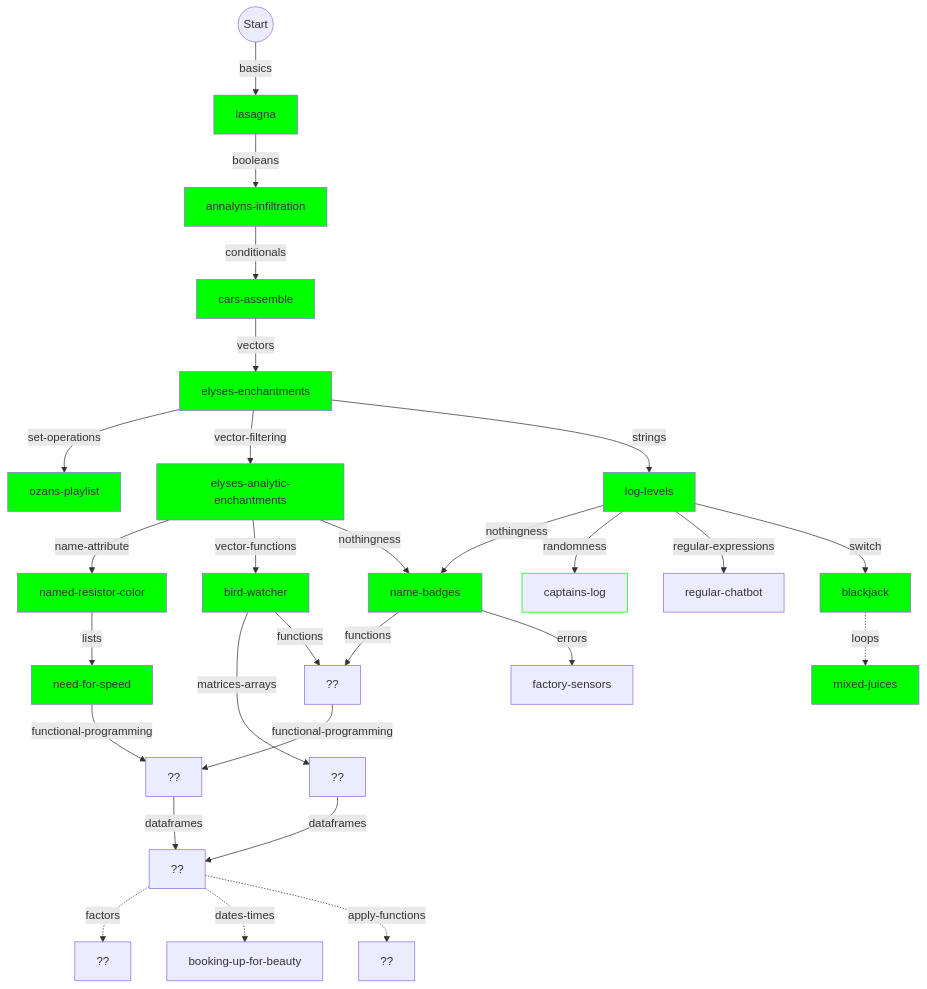
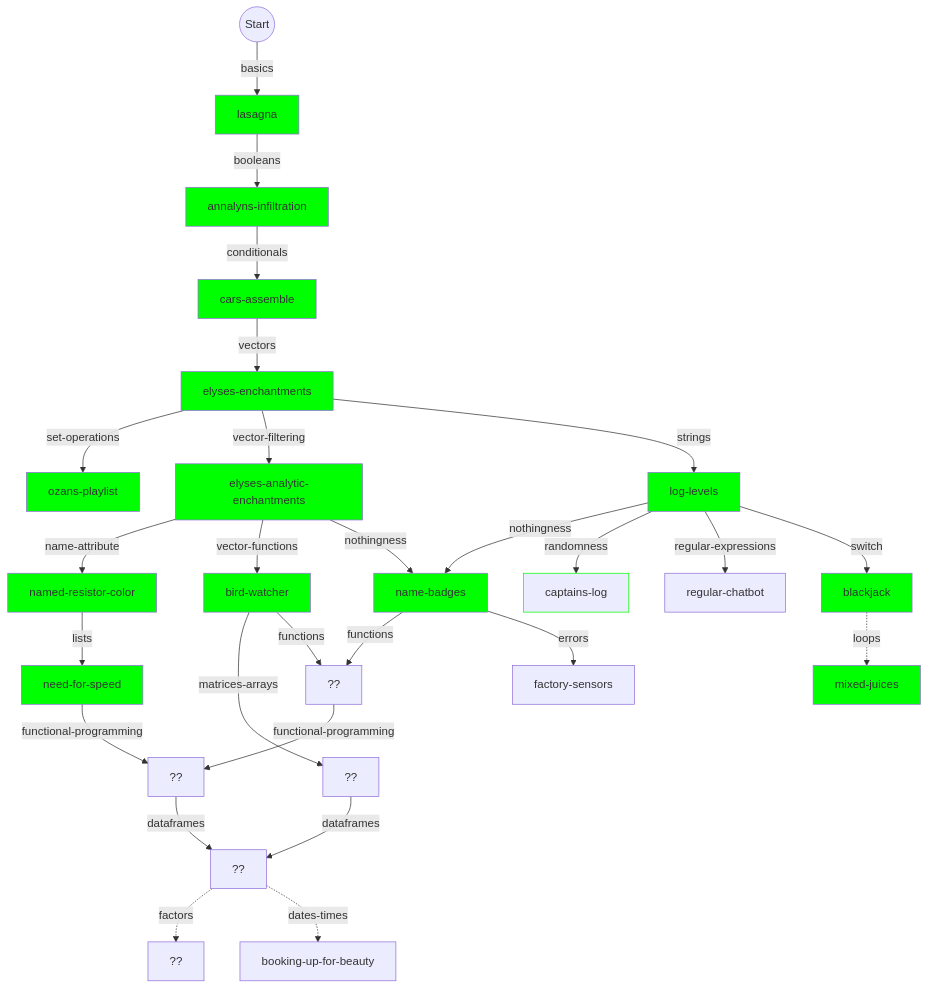
One commit to colinleach/learning-track-doodles changed the first of 2 diagrams in r/flowchart.md. Above: the diagram before and after it, drawn with Mermaid. The commit also changed 4 other files, not shown here.

````diff
--- a/r/flowchart.md
+++ b/r/flowchart.md
@@ -10,70 +10,68 @@
 ```mermaid
 graph TD
     
 start(("Start")) --basics--> basics["lasagna"]
 style basics fill:#0f0
 
 basics --booleans--> booleans["annalyns-infiltration"]
 style booleans fill:#0f0
 
 booleans --conditionals--> conditionals["cars-assemble"]
 style conditionals fill:#0f0
 
 conditionals --vectors--> vectors["elyses-enchantments"]
 style vectors fill:#0f0
 
 switch -.loops.-> loops["mixed-juices"]
 style loops fill:#0f0
 
 vectors --set-operations--> set-operations["ozans-playlist"]
 style set-operations fill:#0f0
 
 name-attribute --lists--> lists["need-for-speed"]
 style lists fill:#0f0
 
 vectors --vector-filtering--> vector-filtering["elyses-analytic-enchantments"]
 style vector-filtering fill:#0f0
 
 vector-filtering --name-attribute--> name-attribute["named-resistor-color"]
 style name-attribute fill:#0f0
 
 vector-filtering --vector-functions--> vector-functions["bird-watcher"]
 style vector-functions fill:#0f0
 
 vectors --strings--> strings["log-levels"]
 style strings fill:#0f0
 
 vector-filtering --nothingness--> nothingness["name-badges"]
 strings --nothingness--> nothingness["name-badges"]
 style nothingness fill:#0f0
 
 strings --randomness--> randomness["captains-log"]
 style randomness stroke:#0f0
 
 strings --regular-expressions--> regular-expressions["regular-chatbot"]
 
 strings --switch--> switch["blackjack"]
 style switch fill:#0f0
 
 lists --functional-programming--> functional-programming["??"]
 
 functions --functional-programming--> functional-programming["??"]
 
 vector-functions --matrices-arrays--> matrices-arrays["??"]
 
 functional-programming --dataframes--> dataframes["??"]
 
 matrices-arrays --dataframes--> dataframes
 
 dataframes -.factors.-> factors["??"]
 
 dataframes -.dates-times.-> dates-times["booking-up-for-beauty"]
 
-dataframes -.apply-functions.-> apply-functions["??"]
-
 vector-functions --functions--> functions["??"]
 nothingness --functions--> functions["??"]
 
 nothingness --errors--> errors["factory-sensors "]
 
 ```
````
